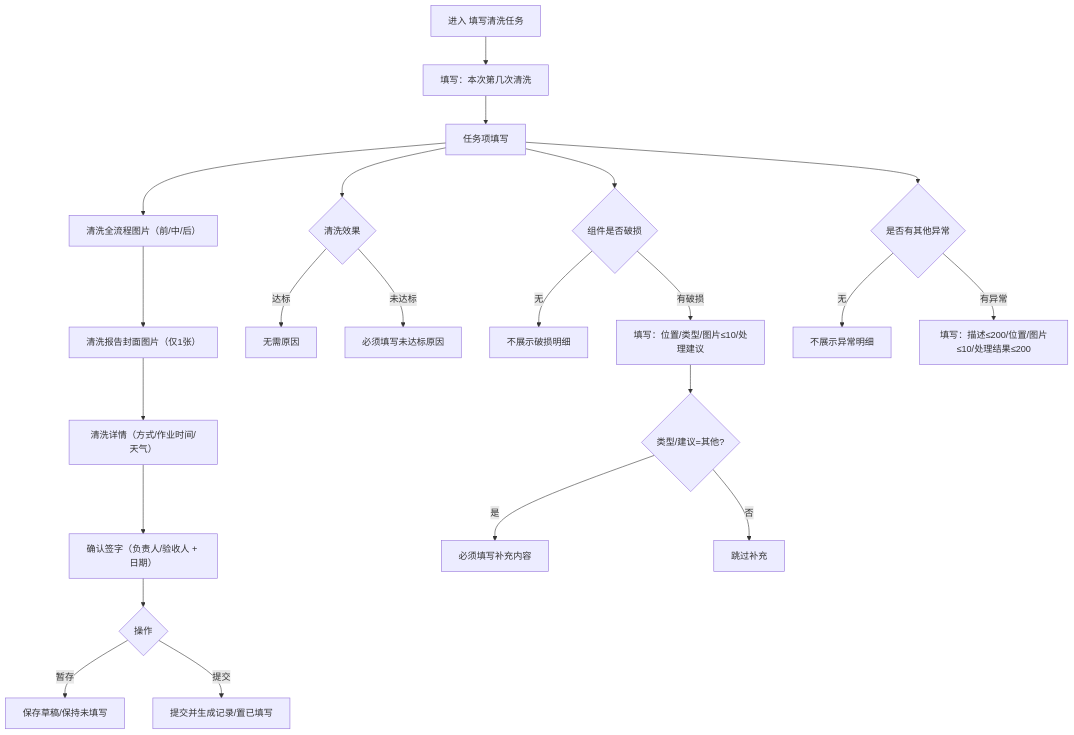
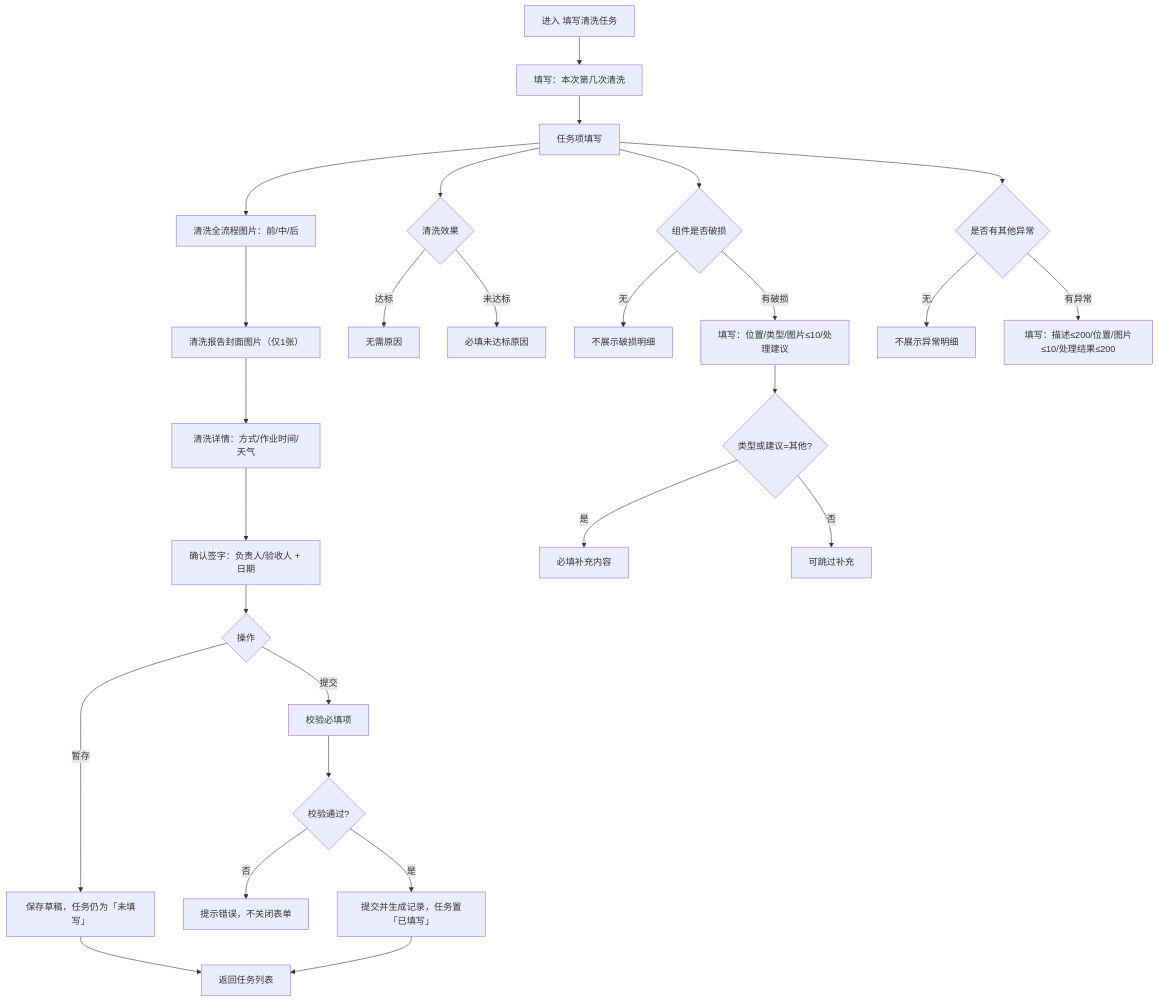
One commit to chengfei6840/gyyx changed the third of 4 diagrams in docs/智慧运维-清洗模块需求规格说明.md. Above: the diagram before and after it, drawn with Mermaid. The commit also changed other lines of this file and 1 other file, not shown here.

````diff
--- a/docs/智慧运维-清洗模块需求规格说明.md
+++ b/docs/智慧运维-清洗模块需求规格说明.md
@@ -73,30 +93,32 @@
 ```mermaid
 flowchart TD
-  S[进入 填写清洗任务] --> I[填写：本次第几次清洗]
-  I --> J[任务项填写]
-  J --> K[清洗全流程图片（前/中/后）]
-  K --> K0[清洗报告封面图片（仅1张）]
-  K0 --> L[清洗详情（方式/作业时间/天气）]
-  L --> M[确认签字（负责人/验收人 + 日期）]
-  M --> N{操作}
-  N -->|暂存| N1[保存草稿/保持未填写]
-  N -->|提交| N2[提交并生成记录/置已填写]
+  S[进入 填写清洗任务] --> T[填写：本次第几次清洗]
+  T --> U[任务项填写]
+  U --> V[清洗全流程图片：前/中/后]
+  V --> W[清洗报告封面图片（仅1张）]
+  W --> X[清洗详情：方式/作业时间/天气]
+  X --> Y[确认签字：负责人/验收人 + 日期]
+  Y --> Z{操作}
+  Z -->|暂存| Z1[保存草稿，任务仍为「未填写」]
+  Z -->|提交| Z2[校验必填项]
+  Z1 --> L[返回任务列表]
+  Z2 --> Z3{校验通过?}
+  Z3 -->|否| Z4[提示错误，不关闭表单]
+  Z3 -->|是| Z5[提交并生成记录，任务置「已填写」]
+  Z5 --> L
 
-  %% 条件分支：清洗效果
-  J --> JE{清洗效果}
-  JE -->|达标| JE1[无需原因]
-  JE -->|未达标| JE2[必须填写未达标原因]
+  U --> UE{清洗效果}
+  UE -->|达标| UE1[无需原因]
+  UE -->|未达标| UE2[必填未达标原因]
 
-  %% 条件分支：组件破损
-  J --> JD{组件是否破损}
-  JD -->|无| JD1[不展示破损明细]
-  JD -->|有破损| JD2[填写：位置/类型/图片≤10/处理建议]
-  JD2 --> JD3{类型/建议=其他?}
-  JD3 -->|是| JD4[必须填写补充内容]
-  JD3 -->|否| JD5[跳过补充]
+  U --> UD{组件是否破损}
+  UD -->|无| UD1[不展示破损明细]
+  UD -->|有破损| UD2[填写：位置/类型/图片≤10/处理建议]
+  UD2 --> UD3{类型或建议=其他?}
+  UD3 -->|是| UD4[必填补充内容]
+  UD3 -->|否| UD5[可跳过补充]
 
-  %% 条件分支：其他异常
-  J --> JA{是否有其他异常}
-  JA -->|无| JA1[不展示异常明细]
-  JA -->|有异常| JA2[填写：描述≤200/位置/图片≤10/处理结果≤200]
+  U --> UA{是否有其他异常}
+  UA -->|无| UA1[不展示异常明细]
+  UA -->|有异常| UA2[填写：描述≤200/位置/图片≤10/处理结果≤200]
 ```
````
